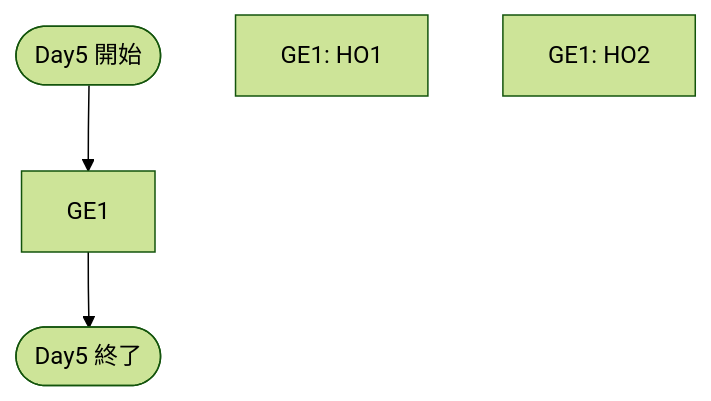
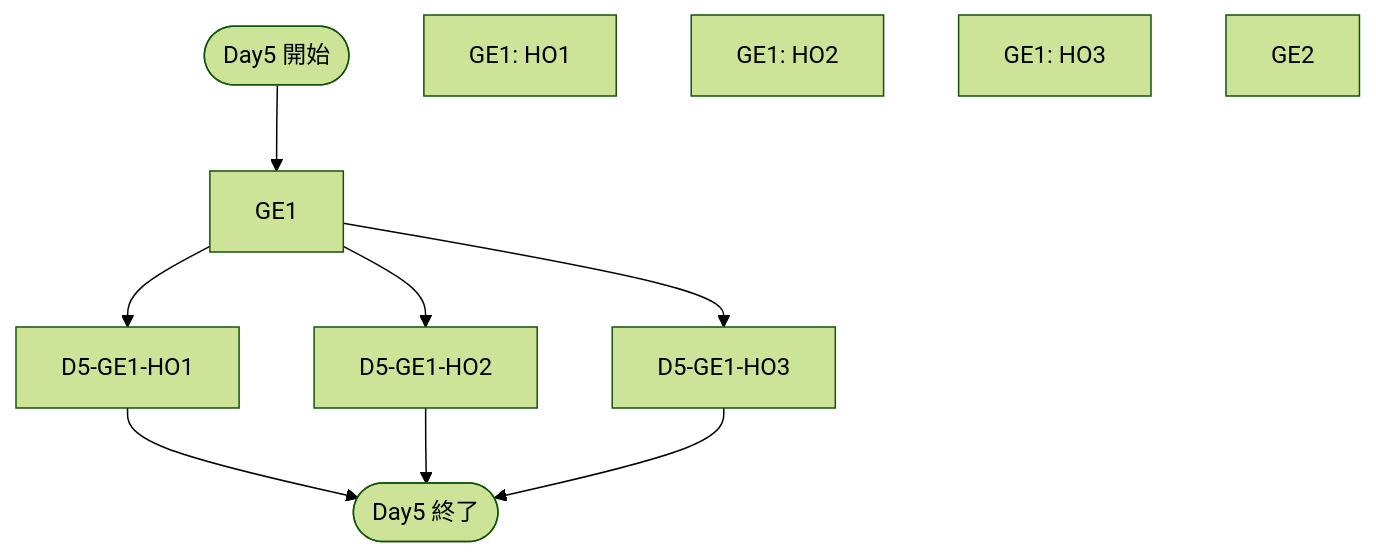
Before and after one commit to KarasuTatehi/last-resort-disturbance: the fifth of 5 diagrams in specs/routing.md, drawn with Mermaid (forest theme). The commit also changed other lines of this file, not shown here.

````diff
--- a/specs/routing.md
+++ b/specs/routing.md
@@ -135,13 +135,16 @@
 ```mermaid
 flowchart TD
 D5S([Day5 開始])
 D5-GE1["GE1"]
-D5-GE1-HO1["GE1: HO1"]
-D5-GE1-HO2["GE1: HO2"]
-D5-GE1-HO2["GE1: HO2"]
+D5-PE1-HO1["GE1: HO1"]
+D5-PE1-HO2["GE1: HO2"]
+D5-PE1-HO3["GE1: HO3"]
+D5-GE2["GE2"]
 D5E([Day5 終了])
 
 D5S -->
 D5-GE1 -->
+D5-GE1-HO1 & D5-GE1-HO2 & D5-GE1-HO3 -->
+
 D5E
 ```
````
